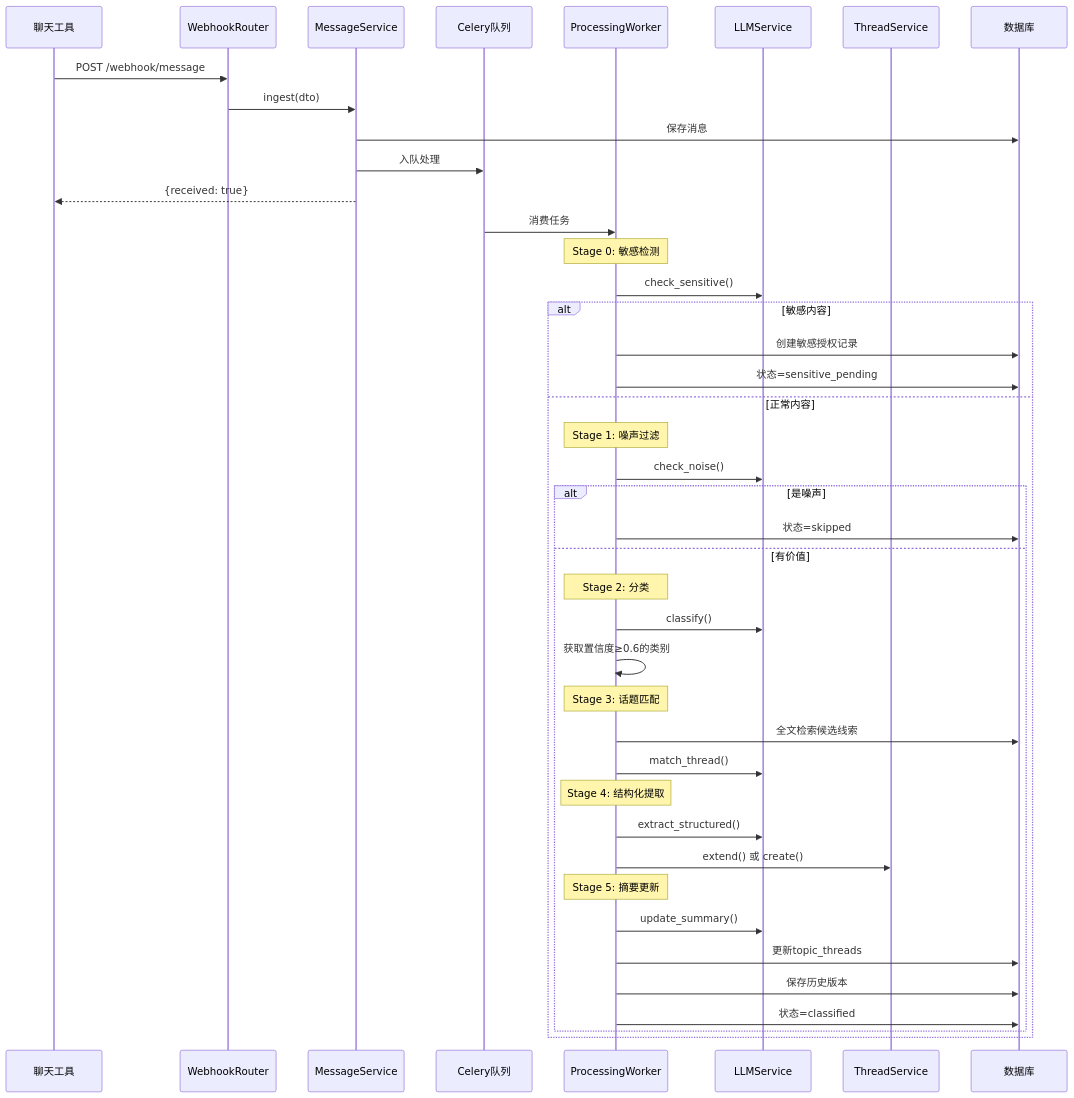
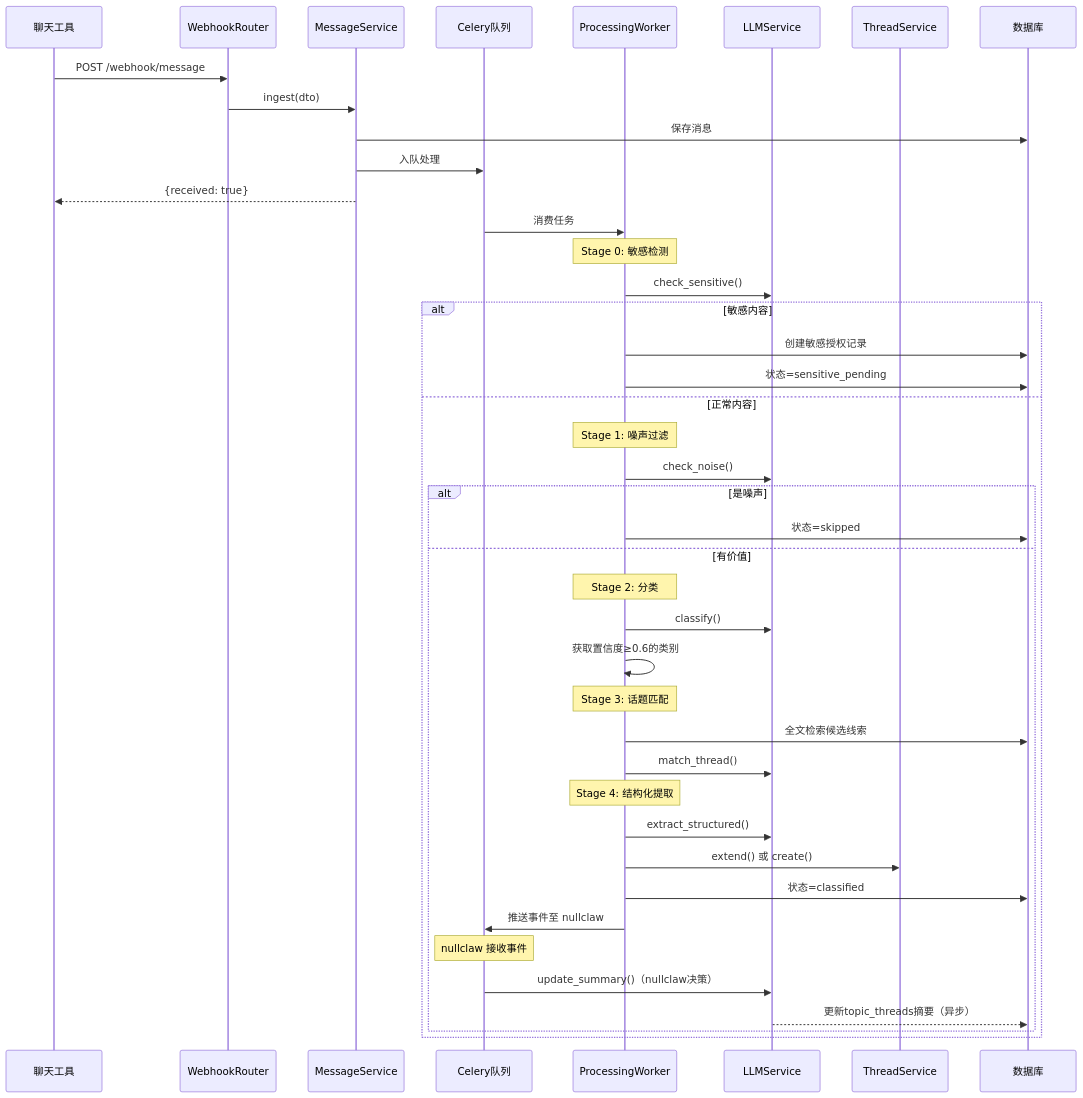
Diagram 14 of 16 in docs/09_user_manual.md (l17728/RippleFlow), drawn with Mermaid before and after one commit. The commit also changed other lines of this file and 3 other files, not shown here.

````diff
--- a/docs/09_user_manual.md
+++ b/docs/09_user_manual.md
@@ -987,50 +1066,49 @@
 ```mermaid
 sequenceDiagram
     participant Chat as 聊天工具
     participant Webhook as WebhookRouter
     participant Msg as MessageService
     participant Queue as Celery队列
     participant Worker as ProcessingWorker
     participant LLM as LLMService
     participant Thread as ThreadService
     participant DB as 数据库
     
     Chat->>Webhook: POST /webhook/message
     Webhook->>Msg: ingest(dto)
     Msg->>DB: 保存消息
     Msg->>Queue: 入队处理
     Msg-->>Chat: {received: true}
     
     Queue->>Worker: 消费任务
     
     Note over Worker: Stage 0: 敏感检测
     Worker->>LLM: check_sensitive()
     alt 敏感内容
         Worker->>DB: 创建敏感授权记录
         Worker->>DB: 状态=sensitive_pending
     else 正常内容
         Note over Worker: Stage 1: 噪声过滤
         Worker->>LLM: check_noise()
         alt 是噪声
             Worker->>DB: 状态=skipped
         else 有价值
             Note over Worker: Stage 2: 分类
             Worker->>LLM: classify()
             Worker->>Worker: 获取置信度≥0.6的类别
             
             Note over Worker: Stage 3: 话题匹配
             Worker->>DB: 全文检索候选线索
             Worker->>LLM: match_thread()
             
             Note over Worker: Stage 4: 结构化提取
             Worker->>LLM: extract_structured()
             Worker->>Thread: extend() 或 create()
-            
-            Note over Worker: Stage 5: 摘要更新
-            Worker->>LLM: update_summary()
-            Worker->>DB: 更新topic_threads
-            Worker->>DB: 保存历史版本
             Worker->>DB: 状态=classified
+            Worker->>Queue: 推送事件至 nullclaw
+            Note over Queue: nullclaw 接收事件
+            Queue->>LLM: update_summary()（nullclaw决策）
+            LLM-->>DB: 更新topic_threads摘要（异步）
         end
     end
 ```
````
